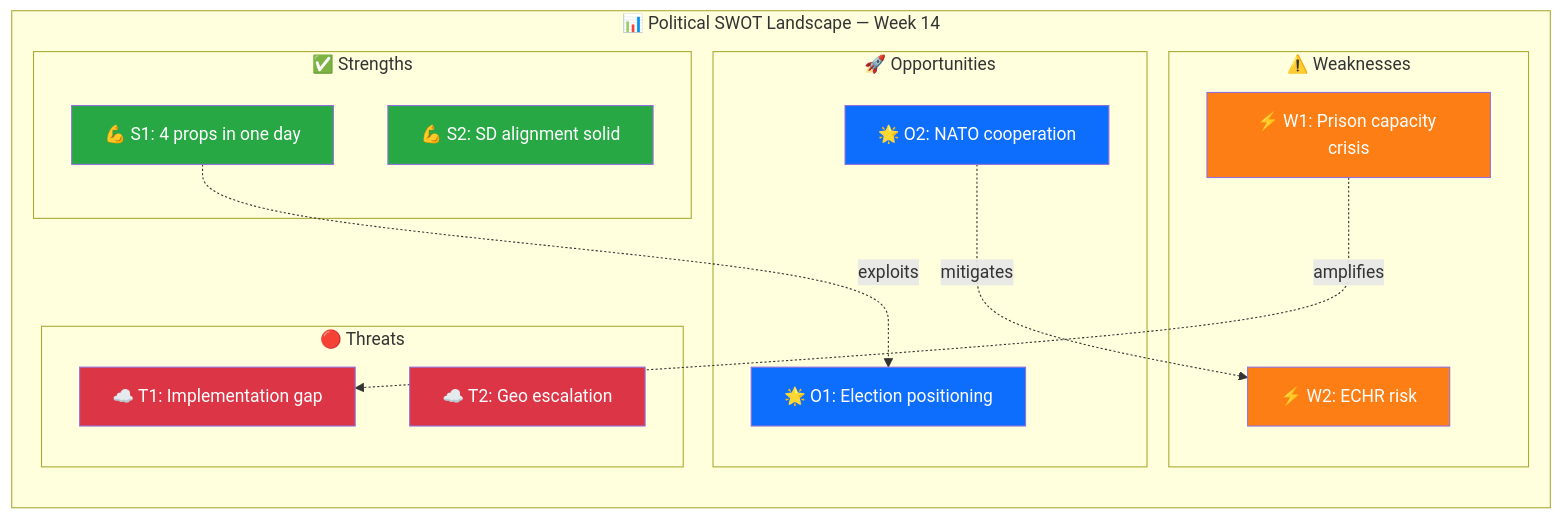
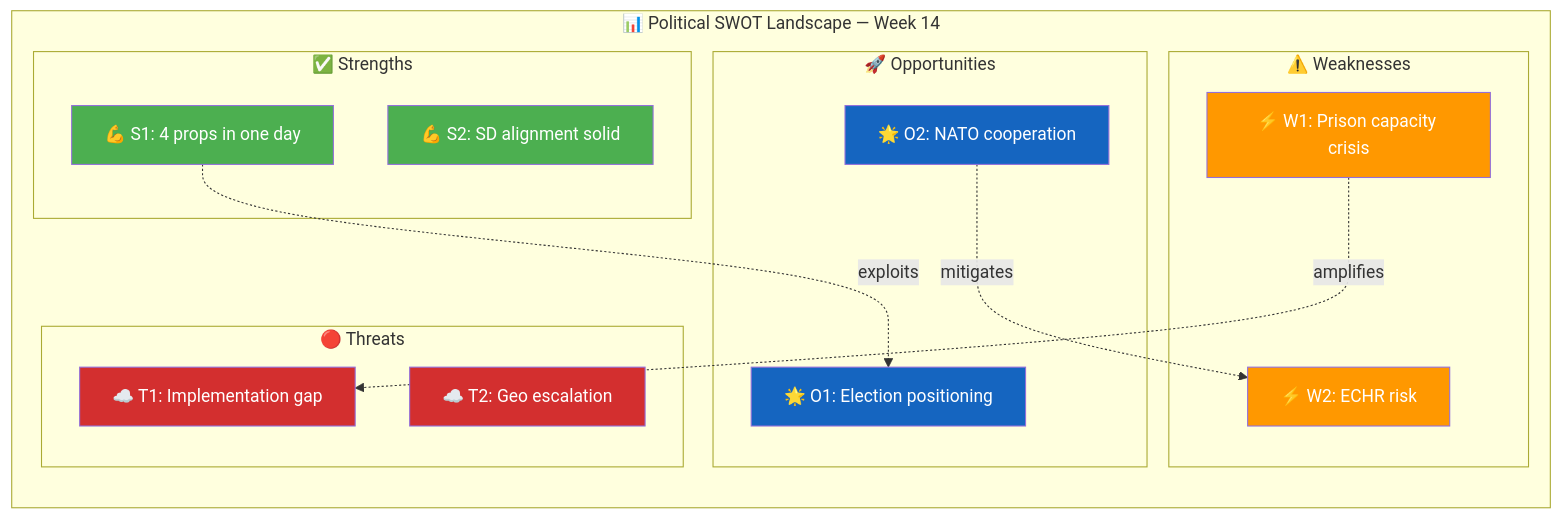
The diagram in analysis/daily/2026-04-05/realtime-1212/swot-analysis.md (Hack23/riksdagsmonitor), drawn with Mermaid before and after one commit. The commit also changed 785 other files, not shown here.

First line of the commit message:
Normalize mermaid colors across 786 analysis artifacts to ISMS Style Guide palette

````diff
--- a/analysis/daily/2026-04-05/realtime-1212/swot-analysis.md
+++ b/analysis/daily/2026-04-05/realtime-1212/swot-analysis.md
@@ -60,35 +60,35 @@
 ```mermaid
 graph TD
     subgraph "📊 Political SWOT Landscape — Week 14"
         direction TB
         subgraph "✅ Strengths"
             S1N["💪 S1: 4 props in one day"]
             S2N["💪 S2: SD alignment solid"]
         end
         subgraph "⚠️ Weaknesses"
             W1N["⚡ W1: Prison capacity crisis"]
             W2N["⚡ W2: ECHR risk"]
         end
         subgraph "🚀 Opportunities"
             O1N["🌟 O1: Election positioning"]
             O2N["🌟 O2: NATO cooperation"]
         end
         subgraph "🔴 Threats"
             T1N["☁️ T1: Implementation gap"]
             T2N["☁️ T2: Geo escalation"]
         end
     end
 
     S1N -.->|"exploits"| O1N
     W1N -.->|"amplifies"| T1N
     O2N -.->|"mitigates"| W2N
 
-    style S1N fill:#28a745,color:#fff
-    style S2N fill:#28a745,color:#fff
-    style W1N fill:#fd7e14,color:#fff
-    style W2N fill:#fd7e14,color:#fff
-    style O1N fill:#0d6efd,color:#fff
-    style O2N fill:#0d6efd,color:#fff
-    style T1N fill:#dc3545,color:#fff
-    style T2N fill:#dc3545,color:#fff
+    style S1N fill:#4CAF50,color:#FFFFFF
+    style S2N fill:#4CAF50,color:#FFFFFF
+    style W1N fill:#FF9800,color:#FFFFFF
+    style W2N fill:#FF9800,color:#FFFFFF
+    style O1N fill:#1565C0,color:#FFFFFF
+    style O2N fill:#1565C0,color:#FFFFFF
+    style T1N fill:#D32F2F,color:#FFFFFF
+    style T2N fill:#D32F2F,color:#FFFFFF
 ```
````
